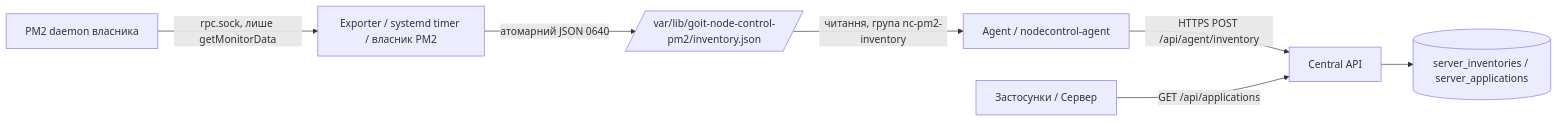
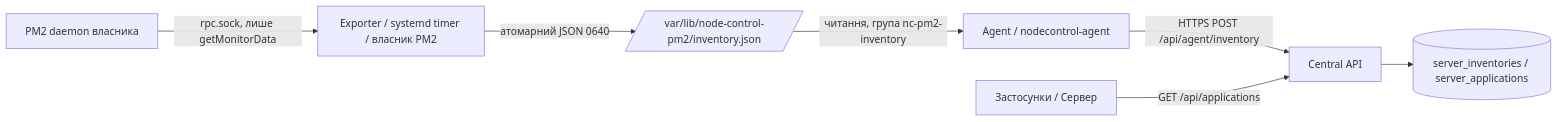
One commit to artfull1992/pm2-dashboard changed the second of 3 diagrams in docs/ARCHITECTURE.md. Above: the diagram before and after it, drawn with Mermaid. The commit also changed other lines of this file and 6 other files, not shown here.

````diff
--- a/docs/ARCHITECTURE.md
+++ b/docs/ARCHITECTURE.md
@@ -101,9 +101,9 @@
 ```mermaid
 flowchart LR
   PM2[PM2 daemon власника] -- rpc.sock, лише getMonitorData --> Exp[Exporter / systemd timer / власник PM2]
-  Exp -- атомарний JSON 0640 --> File[/var/lib/goit-node-control-pm2/inventory.json/]
+  Exp -- атомарний JSON 0640 --> File[/var/lib/node-control-pm2/inventory.json/]
   File -- читання, група nc-pm2-inventory --> Agent[Agent / nodecontrol-agent]
   Agent -- HTTPS POST /api/agent/inventory --> API[Central API]
   API --> DB[(server_inventories / server_applications)]
   UI[Застосунки / Сервер] -- GET /api/applications --> API
 ```
````
